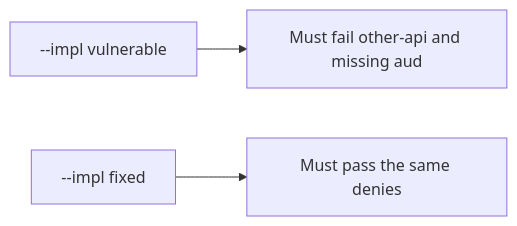
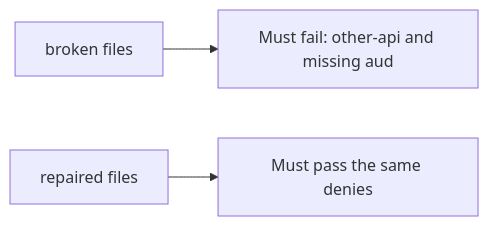
One commit to ishitvagoel/LearnSecurity changed the diagram in content/modules/4/4.5/lessons/05-verify.md. Above: the diagram before and after it, drawn with Mermaid. The commit also changed other lines of this file and 39 other files, not shown here.

````diff
--- a/content/modules/4/4.5/lessons/05-verify.md
+++ b/content/modules/4/4.5/lessons/05-verify.md
@@ -15,5 +14,5 @@
 ```mermaid
 flowchart LR
-  V["--impl vulnerable"] --> F["Must fail other-api and missing aud"]
-  X["--impl fixed"] --> P["Must pass the same denies"]
+  V["broken files"] --> F["Must fail: other-api and missing aud"]
+  X["repaired files"] --> P["Must pass the same denies"]
 ```
````
